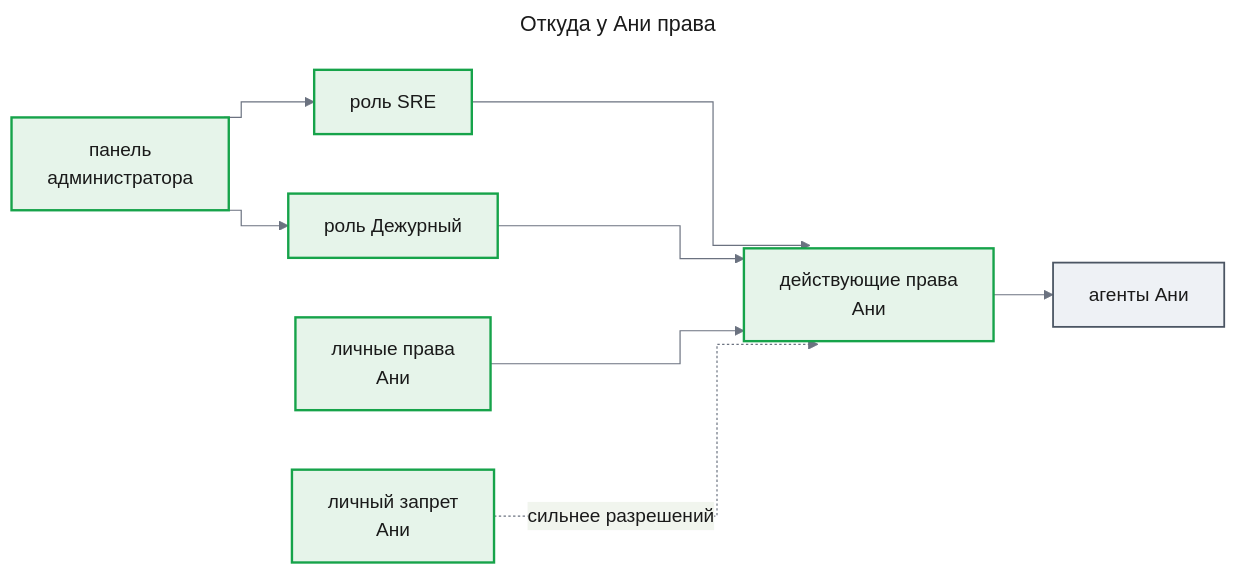
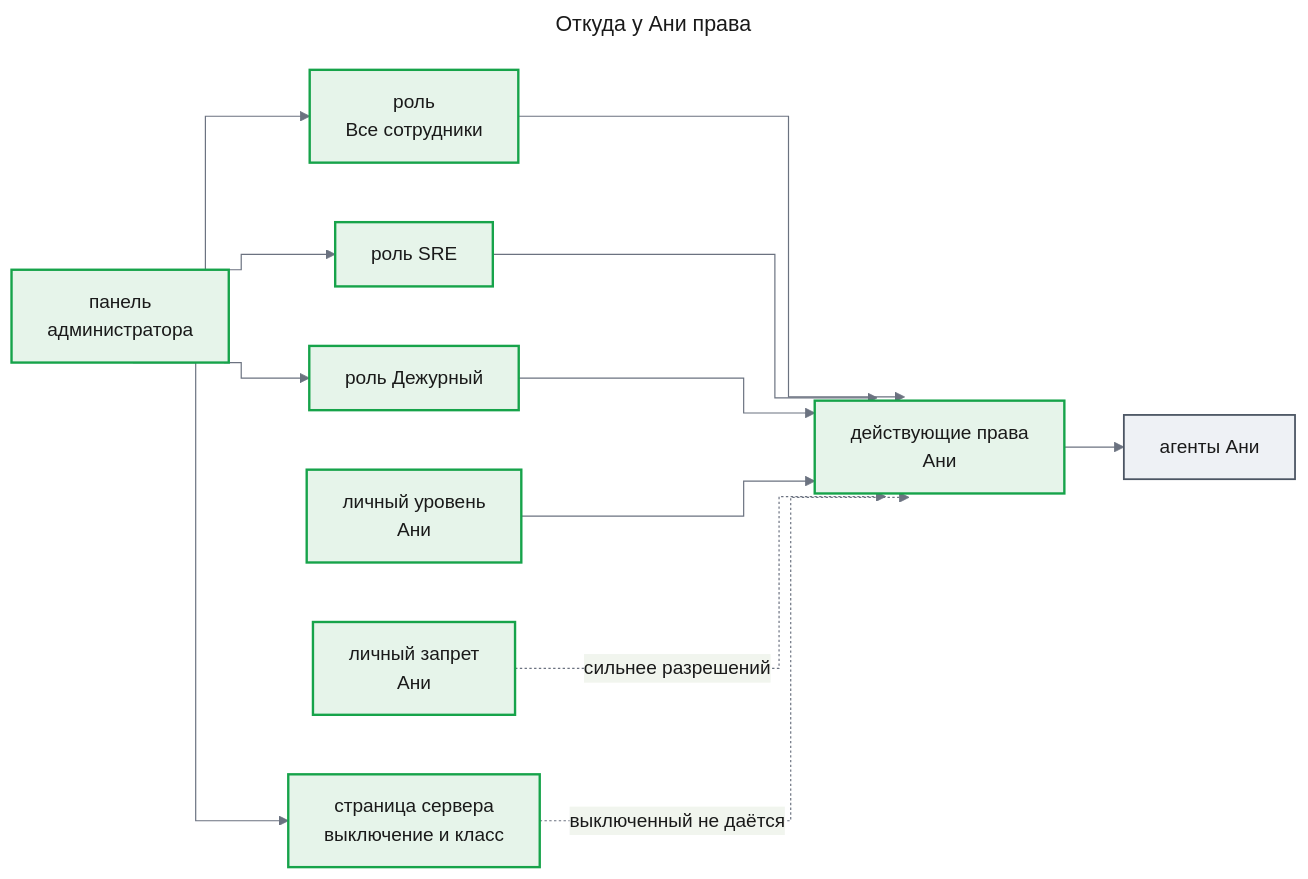
The second of 7 diagrams in docs/features/enterprise-access/prd.md (tundraray/agent-os), drawn with Mermaid before and after one commit. The commit also changed other lines of this file and 264 other files, not shown here.

````diff
--- a/docs/features/enterprise-access/prd.md
+++ b/docs/features/enterprise-access/prd.md
@@ -136,34 +142,40 @@
 ```mermaid
 ---
 title: "Откуда у Ани права"
 config:
   theme: base
   look: classic
   themeVariables:
     primaryColor: "#eef1f5"
     primaryBorderColor: "#4b5563"
     primaryTextColor: "#1a1a1a"
     lineColor: "#6b7280"
   flowchart:
     curve: step
 ---
 flowchart LR
     panel["панель<br/>администратора"]
+    tools["страница сервера<br/>выключение и класс"]
+    r0["роль<br/>Все сотрудники"]
     r1["роль SRE"]
     r2["роль Дежурный"]
-    own["личные права<br/>Ани"]
+    own["личный уровень<br/>Ани"]
     deny["личный запрет<br/>Ани"]
     eff["действующие права<br/>Ани"]
     agents["агенты Ани"]
+    panel --> tools
     panel --> r1
     panel --> r2
+    panel --> r0
+    r0 --> eff
     r1 --> eff
     r2 --> eff
     own --> eff
     deny -.->|"сильнее разрешений"| eff
+    tools -.->|"выключенный не даётся"| eff
     eff --> agents
     classDef new fill:#e6f4ea,stroke:#16a34a,stroke-width:2px,color:#1a1a1a
     classDef unchanged fill:#eef1f5,stroke:#4b5563,stroke-width:1.5px,color:#1a1a1a
-    class panel,r1,r2,own,deny,eff new
+    class panel,tools,r0,r1,r2,own,deny,eff new
     class agents unchanged
 ```
````
